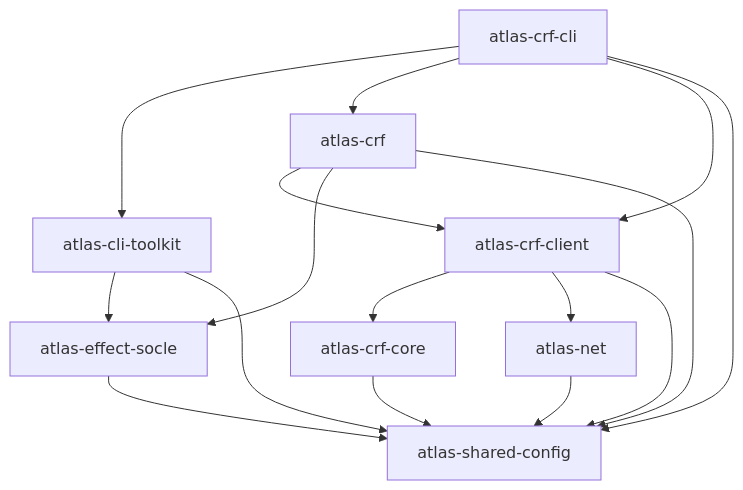
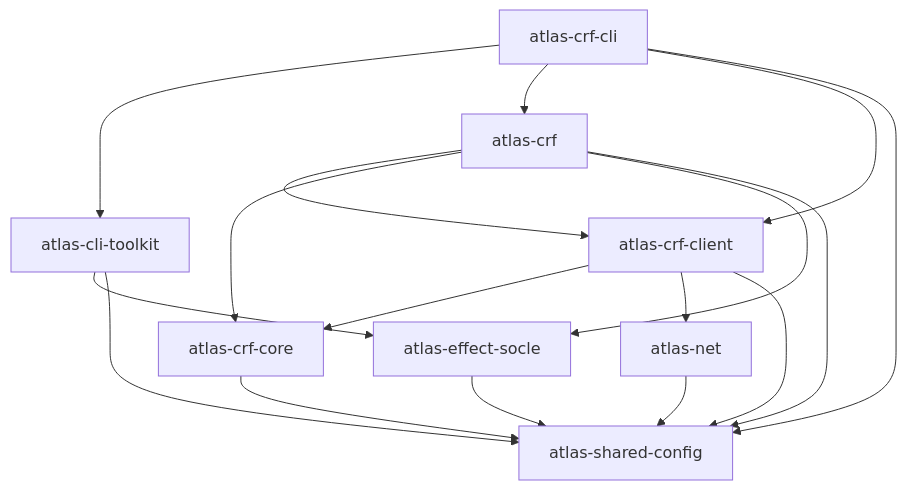
One commit to univ-lehavre/atlas changed the ninth of 19 diagrams in docs/src/content/docs/architecture/packages.md. Above: the diagram before and after it, drawn with Mermaid. The commit also changed other lines of this file and 12 other files, not shown here.

First line of the commit message:
refactor(crf-core): schema-as-brand, source unique type+pattern+validateur

````diff
--- a/docs/src/content/docs/architecture/packages.md
+++ b/docs/src/content/docs/architecture/packages.md
@@ -425,26 +425,27 @@
 ```mermaid
 flowchart TD
   _univ_lehavre_atlas_cli_toolkit["atlas-cli-toolkit"]
   _univ_lehavre_atlas_crf["atlas-crf"]
   _univ_lehavre_atlas_crf_cli["atlas-crf-cli"]
   _univ_lehavre_atlas_crf_client["atlas-crf-client"]
   _univ_lehavre_atlas_crf_core["atlas-crf-core"]
   _univ_lehavre_atlas_effect_socle["atlas-effect-socle"]
   _univ_lehavre_atlas_net["atlas-net"]
   _univ_lehavre_atlas_shared_config["atlas-shared-config"]
   _univ_lehavre_atlas_cli_toolkit --> _univ_lehavre_atlas_effect_socle
   _univ_lehavre_atlas_cli_toolkit --> _univ_lehavre_atlas_shared_config
   _univ_lehavre_atlas_crf --> _univ_lehavre_atlas_crf_client
+  _univ_lehavre_atlas_crf --> _univ_lehavre_atlas_crf_core
   _univ_lehavre_atlas_crf --> _univ_lehavre_atlas_effect_socle
   _univ_lehavre_atlas_crf --> _univ_lehavre_atlas_shared_config
   _univ_lehavre_atlas_crf_cli --> _univ_lehavre_atlas_cli_toolkit
   _univ_lehavre_atlas_crf_cli --> _univ_lehavre_atlas_crf
   _univ_lehavre_atlas_crf_cli --> _univ_lehavre_atlas_crf_client
   _univ_lehavre_atlas_crf_cli --> _univ_lehavre_atlas_shared_config
   _univ_lehavre_atlas_crf_client --> _univ_lehavre_atlas_crf_core
   _univ_lehavre_atlas_crf_client --> _univ_lehavre_atlas_net
   _univ_lehavre_atlas_crf_client --> _univ_lehavre_atlas_shared_config
   _univ_lehavre_atlas_crf_core --> _univ_lehavre_atlas_shared_config
   _univ_lehavre_atlas_effect_socle --> _univ_lehavre_atlas_shared_config
   _univ_lehavre_atlas_net --> _univ_lehavre_atlas_shared_config
 ```
````
